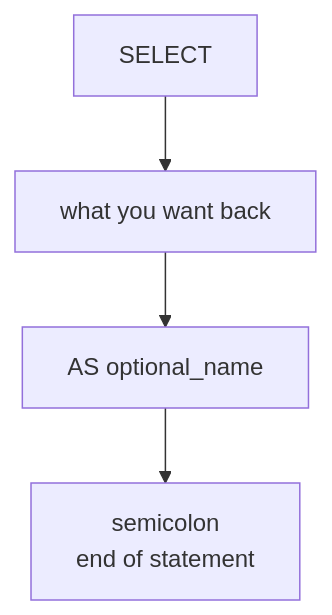
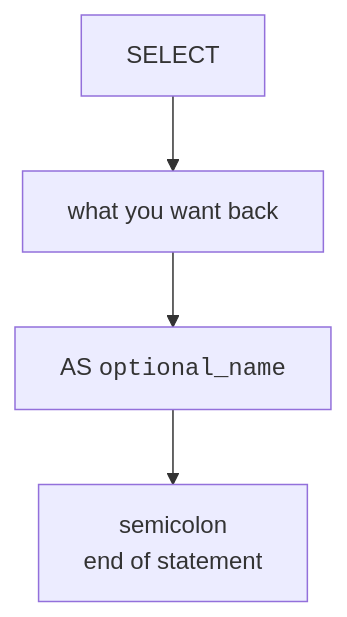
The second of 3 diagrams in content/learn/sqlite-for-beginners/first-queries.mdx (dataslope/dataslope), drawn with Mermaid before and after one commit. The commit also changed 153 other files, not shown here.

First line of the commit message:
Render code-only mermaid shapes in monospace; convert step sequences to Steps

````diff
--- a/content/learn/sqlite-for-beginners/first-queries.mdx
+++ b/content/learn/sqlite-for-beginners/first-queries.mdx
@@ -62,6 +62,6 @@
 ```mermaid
 flowchart TB
     A["SELECT"] --> B["what you want back"]
-    B --> C["AS optional_name"]
+    B --> C["AS <code>optional_name</code>"]
     C --> D["semicolon<br/>end of statement"]
 ```
````
